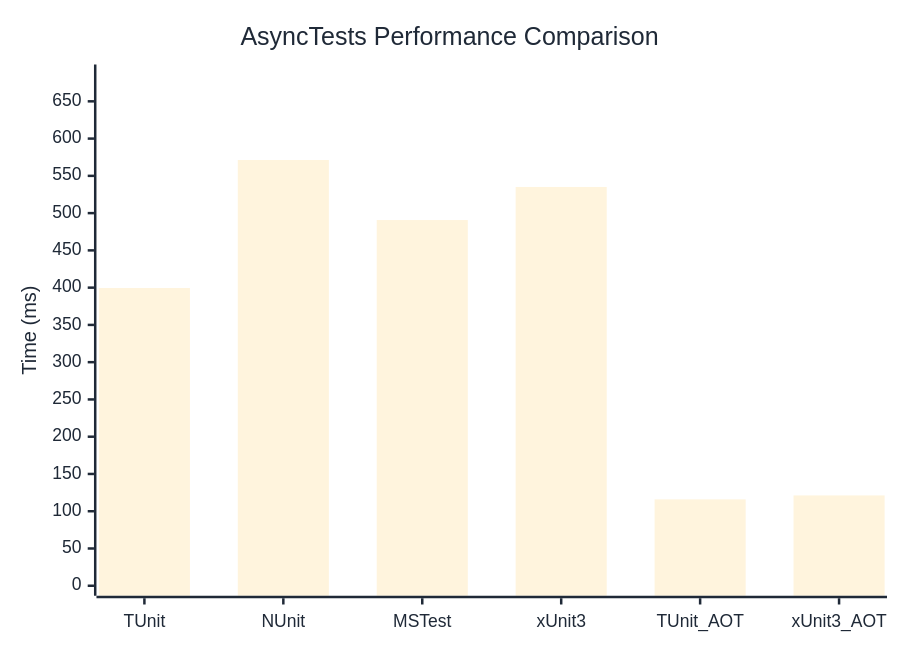
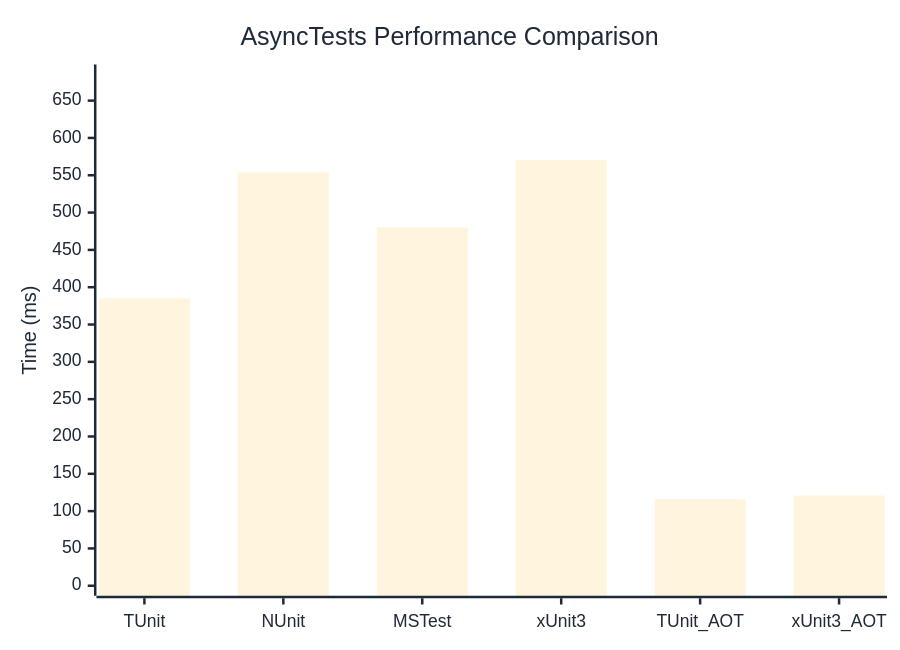
One commit to thomhurst/TUnit changed the diagram in docs/docs/benchmarks/engine/AsyncTests.md. Above: the diagram before and after it, drawn with Mermaid. The commit also changed other lines of this file and 18 other files, not shown here.

````diff
--- a/docs/docs/benchmarks/engine/AsyncTests.md
+++ b/docs/docs/benchmarks/engine/AsyncTests.md
@@ -30,37 +30,37 @@
 ```mermaid
 %%{init: {
   'theme':'base',
   'themeVariables': {
     'primaryColor': '#2563eb',
     'primaryTextColor': '#1f2937',
     'primaryBorderColor': '#1e40af',
     'lineColor': '#6b7280',
     'secondaryColor': '#7c3aed',
     'tertiaryColor': '#dc2626',
     'background': '#ffffff',
     'mainBkg': '#2563eb',
     'secondBkg': '#7c3aed',
     'tertiaryBkg': '#dc2626',
     'clusterBkg': '#f3f4f6',
     'edgeLabelBackground': '#ffffff',
     'tertiaryTextColor': '#1f2937',
     'pie1': '#2563eb',
     'pie2': '#7c3aed',
     'pie3': '#dc2626',
     'pie4': '#f59e0b',
     'pie5': '#10b981',
     'pie6': '#06b6d4',
     'pie7': '#ec4899',
     'pie8': '#6366f1',
     'pie9': '#84cc16',
     'pie10': '#f97316',
     'pie11': '#14b8a6',
     'pie12': '#a855f7'
   }
 }}%%
 xychart-beta
   title "AsyncTests Performance Comparison"
   x-axis ["TUnit", "NUnit", "MSTest", "xUnit3", "TUnit_AOT", "xUnit3_AOT"]
-  y-axis "Time (ms)" 0 --> 686
-  bar [399.5, 571.3, 490.7, 535.1, 115.9, 121.2]
+  y-axis "Time (ms)" 0 --> 685
+  bar [385, 553.9, 479.9, 570.5, 116.2, 120.9]
 ```
````
